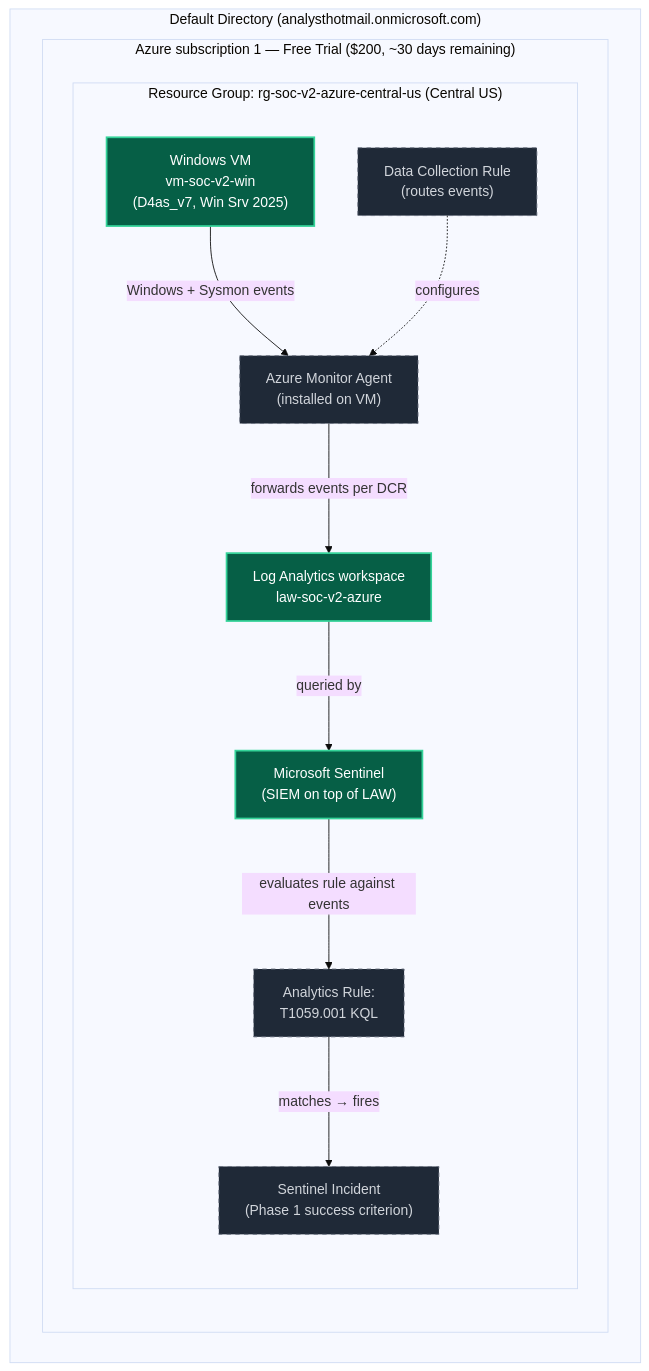
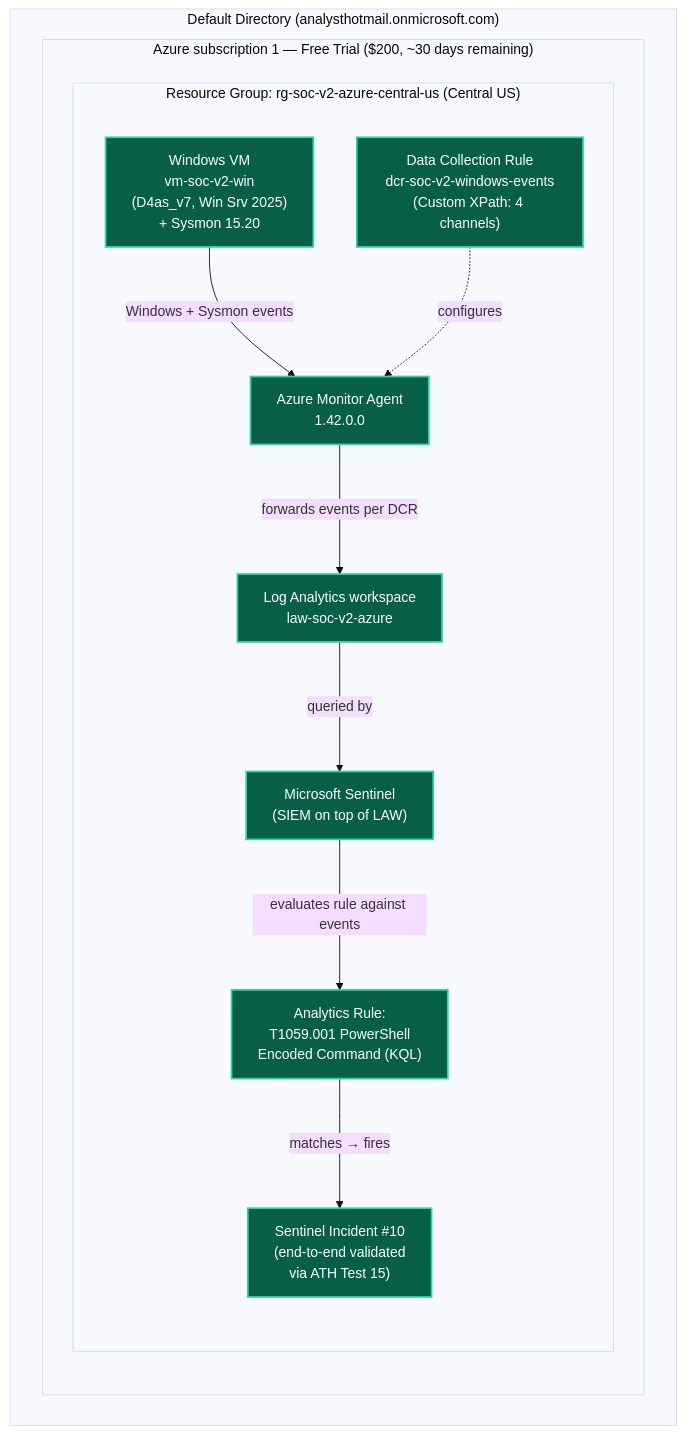
One commit to Armando-ic/SOC-Automation-Project changed the diagram in v2-azure/architecture/current-state.md. Above: the diagram before and after it, drawn with Mermaid (base theme). The commit also changed other lines of this file and 3 other files, not shown here.

````diff
--- a/v2-azure/architecture/current-state.md
+++ b/v2-azure/architecture/current-state.md
@@ -9,26 +9,26 @@
 ```mermaid
 flowchart TB
     subgraph Tenant["Default Directory (analysthotmail.onmicrosoft.com)"]
         subgraph Sub["Azure subscription 1 — Free Trial ($200, ~30 days remaining)"]
             subgraph RG["Resource Group: rg-soc-v2-azure-central-us (Central US)"]
-                VM["Windows VM<br/>vm-soc-v2-win<br/>(D4as_v7, Win Srv 2025)"]:::done
-                AMA["Azure Monitor Agent<br/>(installed on VM)"]:::pending
-                DCR["Data Collection Rule<br/>(routes events)"]:::pending
+                VM["Windows VM<br/>vm-soc-v2-win<br/>(D4as_v7, Win Srv 2025)<br/>+ Sysmon 15.20"]:::done
+                AMA["Azure Monitor Agent<br/>1.42.0.0"]:::done
+                DCR["Data Collection Rule<br/>dcr-soc-v2-windows-events<br/>(Custom XPath: 4 channels)"]:::done
                 LAW["Log Analytics workspace<br/>law-soc-v2-azure"]:::done
                 Sentinel["Microsoft Sentinel<br/>(SIEM on top of LAW)"]:::done
-                Rule["Analytics Rule:<br/>T1059.001 KQL"]:::pending
-                Inc["Sentinel Incident<br/>(Phase 1 success criterion)"]:::pending
+                Rule["Analytics Rule:<br/>T1059.001 PowerShell<br/>Encoded Command (KQL)"]:::done
+                Inc["Sentinel Incident #10<br/>(end-to-end validated<br/>via ATH Test 15)"]:::done
             end
         end
     end
 
     VM -->|"Windows + Sysmon events"| AMA
     AMA -->|"forwards events per DCR"| LAW
     DCR -.->|"configures"| AMA
     LAW -->|"queried by"| Sentinel
     Sentinel -->|"evaluates rule against events"| Rule
     Rule -->|"matches → fires"| Inc
 
     classDef done fill:#065f46,stroke:#34d399,color:#fff,stroke-width:2px
     classDef pending fill:#1f2937,stroke:#6b7280,color:#d1d5db,stroke-dasharray: 5 5
 ```
````
